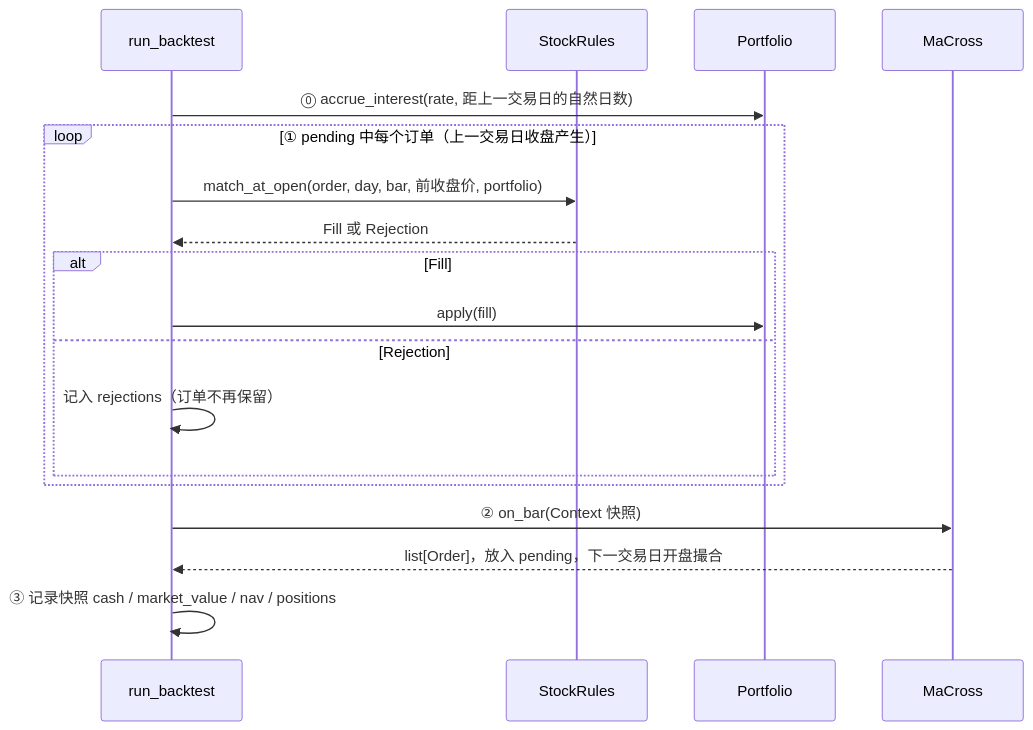
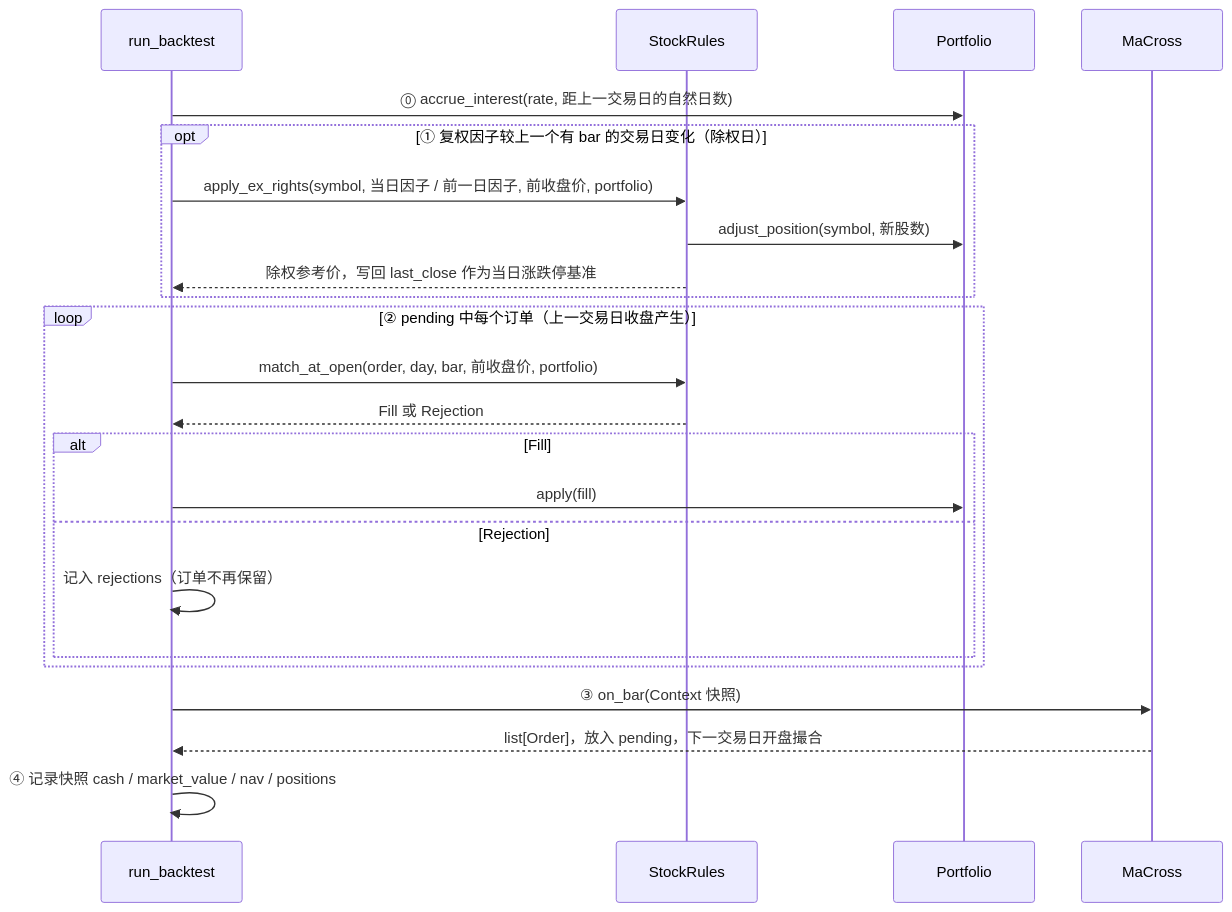
The seventh of 23 diagrams in docs/code-walkthrough.md (guevara12345/quant), drawn with Mermaid before and after one commit. The commit also changed other lines of this file and 11 other files, not shown here.

````diff
--- a/docs/code-walkthrough.md
+++ b/docs/code-walkthrough.md
@@ -385,21 +387,26 @@
 ```mermaid
 sequenceDiagram
     participant E as run_backtest
     participant R as StockRules
     participant P as Portfolio
     participant ST as MaCross
 
     E->>P: ⓪ accrue_interest(rate, 距上一交易日的自然日数)
-    loop ① pending 中每个订单（上一交易日收盘产生）
+    opt ① 复权因子较上一个有 bar 的交易日变化（除权日）
+        E->>R: apply_ex_rights(symbol, 当日因子 / 前一日因子, 前收盘价, portfolio)
+        R->>P: adjust_position(symbol, 新股数)
+        R-->>E: 除权参考价，写回 last_close 作为当日涨跌停基准
+    end
+    loop ② pending 中每个订单（上一交易日收盘产生）
         E->>R: match_at_open(order, day, bar, 前收盘价, portfolio)
         R-->>E: Fill 或 Rejection
         alt Fill
             E->>P: apply(fill)
         else Rejection
             E->>E: 记入 rejections（订单不再保留）
         end
     end
-    E->>ST: ② on_bar(Context 快照)
+    E->>ST: ③ on_bar(Context 快照)
     ST-->>E: list[Order]，放入 pending，下一交易日开盘撮合
-    E->>E: ③ 记录快照 cash / market_value / nav / positions
+    E->>E: ④ 记录快照 cash / market_value / nav / positions
 ```
````
